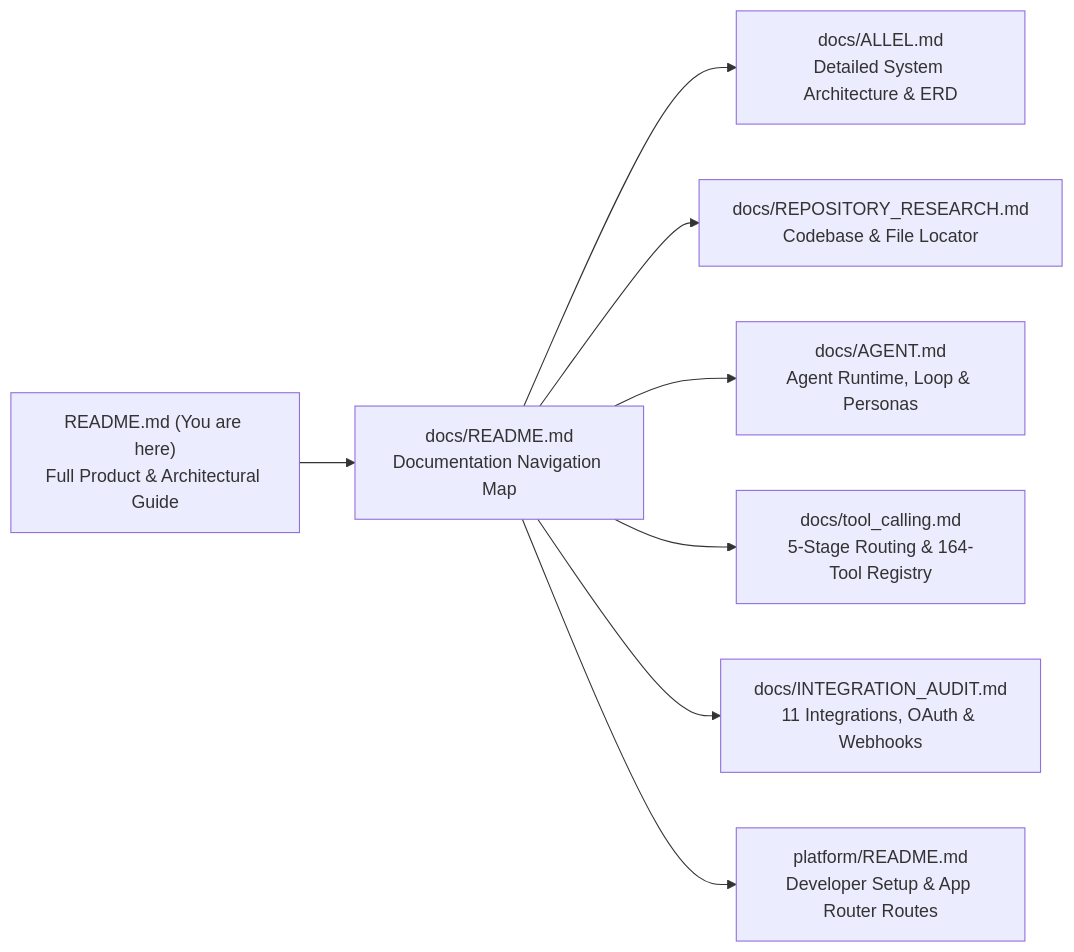
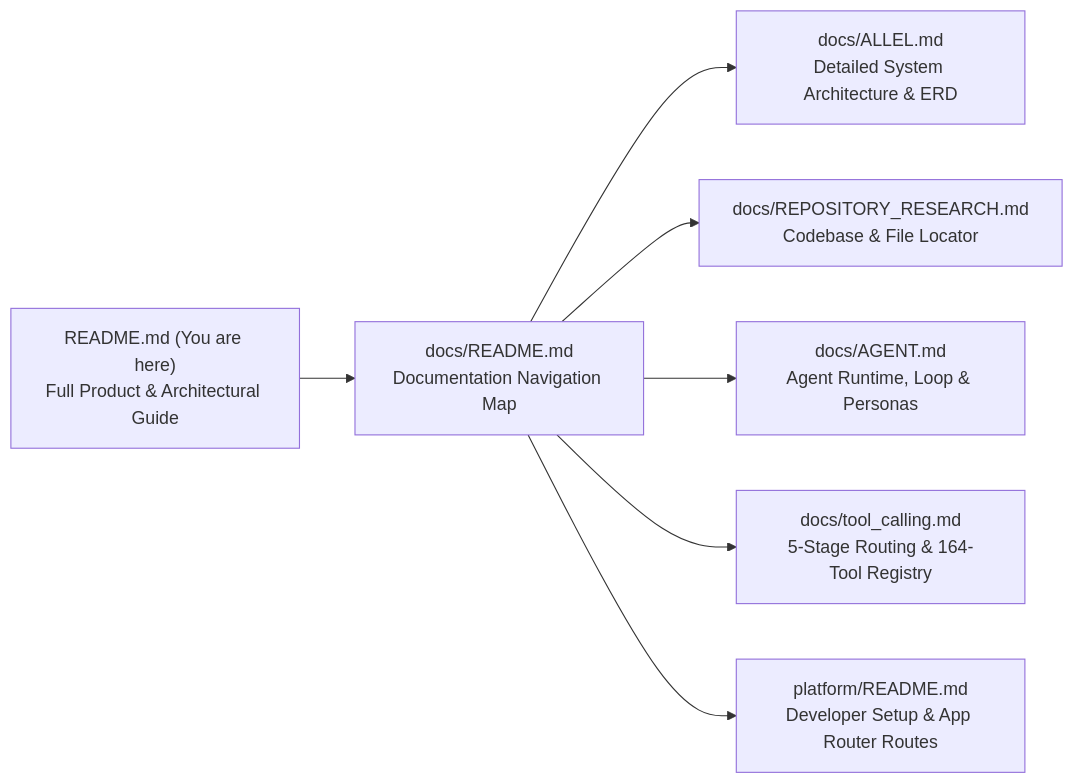
Diagram 16 of 16 in README.md (kushagarasingh9-oss/Allel), drawn with Mermaid before and after one commit. The commit also changed other lines of this file and 4 other files, not shown here.

````diff
--- a/README.md
+++ b/README.md
@@ -795,10 +794,9 @@
 ```mermaid
 flowchart LR
     Root["README.md (You are here)<br/>Full Product & Architectural Guide"] --> DocsNav["docs/README.md<br/>Documentation Navigation Map"]
     DocsNav --> Arch["docs/ALLEL.md<br/>Detailed System Architecture & ERD"]
     DocsNav --> RepoDoc["docs/REPOSITORY_RESEARCH.md<br/>Codebase & File Locator"]
     DocsNav --> AgentDoc["docs/AGENT.md<br/>Agent Runtime, Loop & Personas"]
     DocsNav --> ToolsDoc["docs/tool_calling.md<br/>5-Stage Routing & 164-Tool Registry"]
-    DocsNav --> IngestDoc["docs/INTEGRATION_AUDIT.md<br/>11 Integrations, OAuth & Webhooks"]
     DocsNav --> PlatformDoc["platform/README.md<br/>Developer Setup & App Router Routes"]
 ```
````
